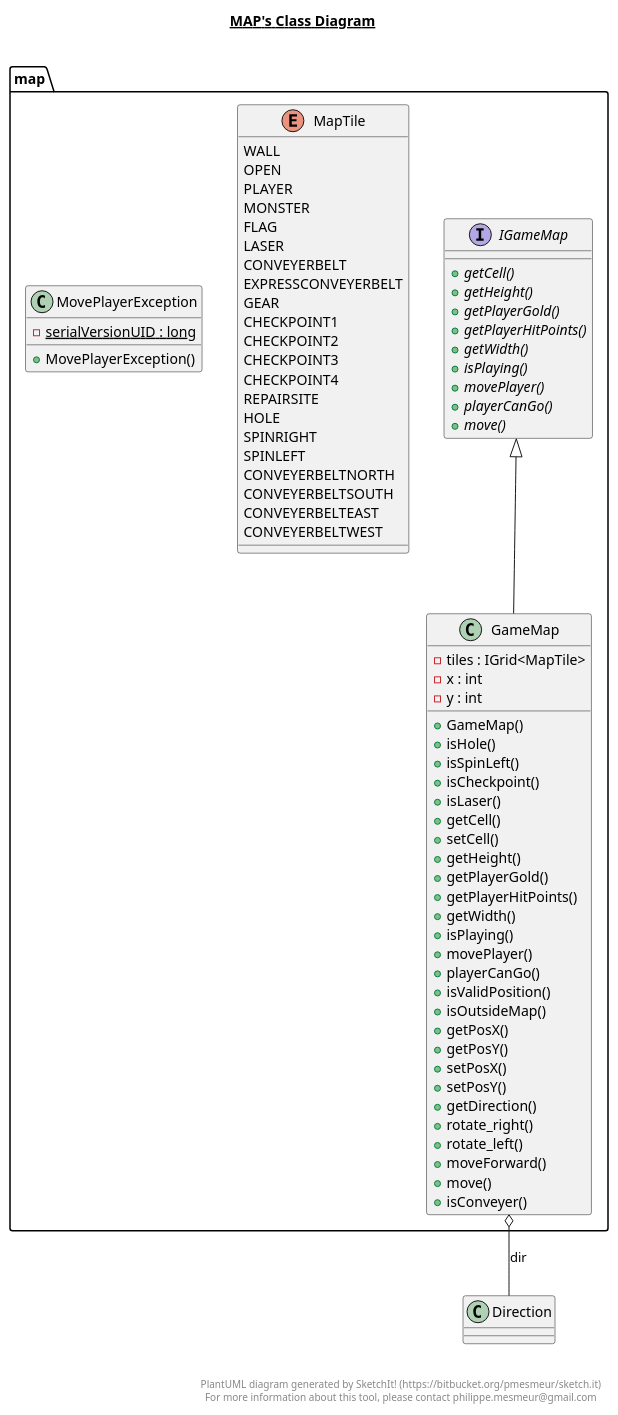
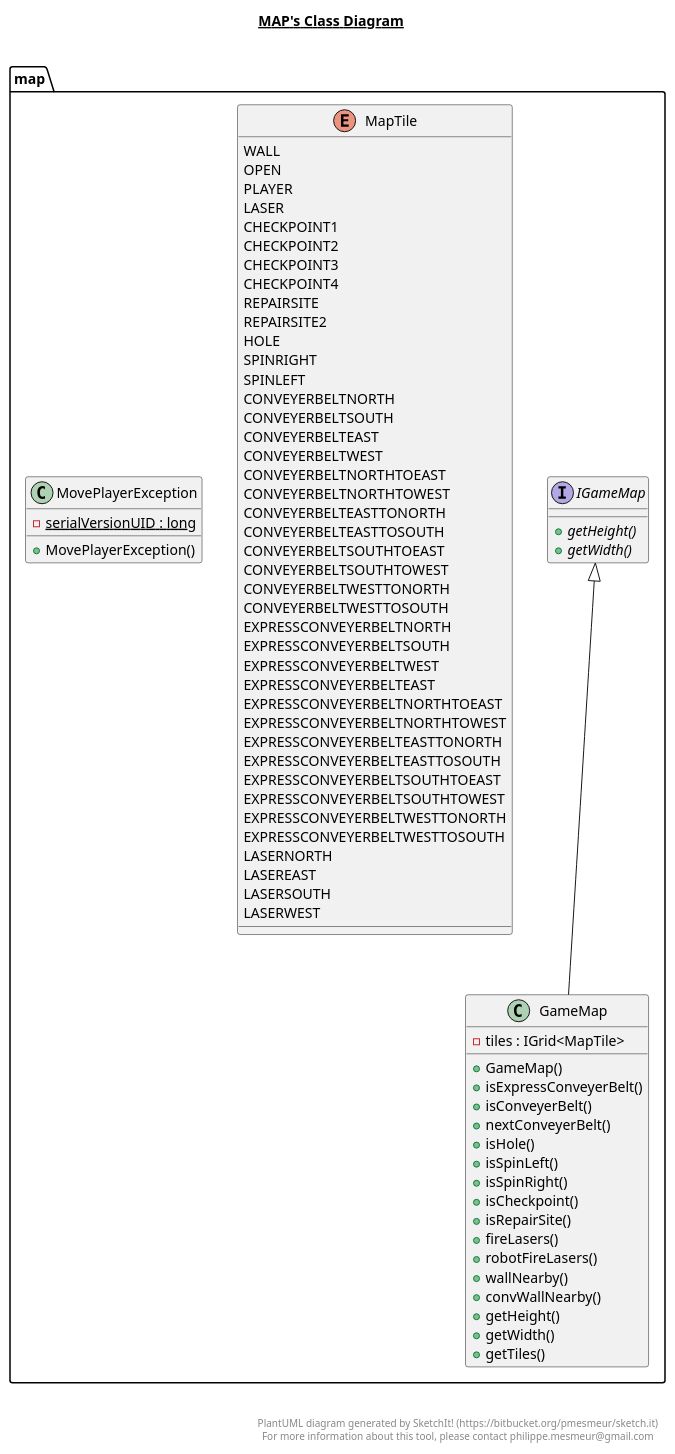
One commit to inf112-v19/Thebadguys changed the diagram in src/main/java/map/map.plantuml. Above: the diagram before and after it, drawn with PlantUML. The commit also changed 24 other files, not shown here.

```diff
--- a/src/main/java/map/map.plantuml
+++ b/src/main/java/map/map.plantuml
@@ -1,101 +1,101 @@
 @startuml
 
 title __MAP's Class Diagram__\n
 
   package map {
     class GameMap {
         - tiles : IGrid<MapTile>
-        - x : int
-        - y : int
         + GameMap()
+        + isExpressConveyerBelt()
+        + isConveyerBelt()
+        + nextConveyerBelt()
         + isHole()
         + isSpinLeft()
+        + isSpinRight()
         + isCheckpoint()
-        + isLaser()
-        + getCell()
-        + setCell()
+        + isRepairSite()
+        + fireLasers()
+        + robotFireLasers()
+        + wallNearby()
+        + convWallNearby()
         + getHeight()
-        + getPlayerGold()
-        + getPlayerHitPoints()
         + getWidth()
-        + isPlaying()
-        + movePlayer()
-        + playerCanGo()
-        + isValidPosition()
-        + isOutsideMap()
-        + getPosX()
-        + getPosY()
-        + setPosX()
-        + setPosY()
-        + getDirection()
-        + rotate_right()
-        + rotate_left()
-        + moveForward()
-        + move()
-        + isConveyer()
+        + getTiles()
     }
   }
   
 
   package map {
     interface IGameMap {
-        {abstract} + getCell()
         {abstract} + getHeight()
-        {abstract} + getPlayerGold()
-        {abstract} + getPlayerHitPoints()
         {abstract} + getWidth()
-        {abstract} + isPlaying()
-        {abstract} + movePlayer()
-        {abstract} + playerCanGo()
-        {abstract} + move()
     }
   }
   
 
   package map {
     enum MapTile {
       WALL
       OPEN
       PLAYER
-      MONSTER
-      FLAG
       LASER
-      CONVEYERBELT
-      EXPRESSCONVEYERBELT
-      GEAR
       CHECKPOINT1
       CHECKPOINT2
       CHECKPOINT3
       CHECKPOINT4
       REPAIRSITE
+      REPAIRSITE2
       HOLE
       SPINRIGHT
       SPINLEFT
       CONVEYERBELTNORTH
       CONVEYERBELTSOUTH
       CONVEYERBELTEAST
       CONVEYERBELTWEST
+      CONVEYERBELTNORTHTOEAST
+      CONVEYERBELTNORTHTOWEST
+      CONVEYERBELTEASTTONORTH
+      CONVEYERBELTEASTTOSOUTH
+      CONVEYERBELTSOUTHTOEAST
+      CONVEYERBELTSOUTHTOWEST
+      CONVEYERBELTWESTTONORTH
+      CONVEYERBELTWESTTOSOUTH
+      EXPRESSCONVEYERBELTNORTH
+      EXPRESSCONVEYERBELTSOUTH
+      EXPRESSCONVEYERBELTWEST
+      EXPRESSCONVEYERBELTEAST
+      EXPRESSCONVEYERBELTNORTHTOEAST
+      EXPRESSCONVEYERBELTNORTHTOWEST
+      EXPRESSCONVEYERBELTEASTTONORTH
+      EXPRESSCONVEYERBELTEASTTOSOUTH
+      EXPRESSCONVEYERBELTSOUTHTOEAST
+      EXPRESSCONVEYERBELTSOUTHTOWEST
+      EXPRESSCONVEYERBELTWESTTONORTH
+      EXPRESSCONVEYERBELTWESTTOSOUTH
+      LASERNORTH
+      LASEREAST
+      LASERSOUTH
+      LASERWEST
     }
   }
   
 
   package map {
     class MovePlayerException {
         {static} - serialVersionUID : long
         + MovePlayerException()
     }
   }
   
 
   GameMap -up-|> IGameMap
-  GameMap o-- Direction : dir
 
 
 right footer
 
 
 PlantUML diagram generated by SketchIt! (https://bitbucket.org/pmesmeur/sketch.it)
 For more information about this tool, please contact philippe.mesmeur@gmail.com
 endfooter
 
 @enduml
```
